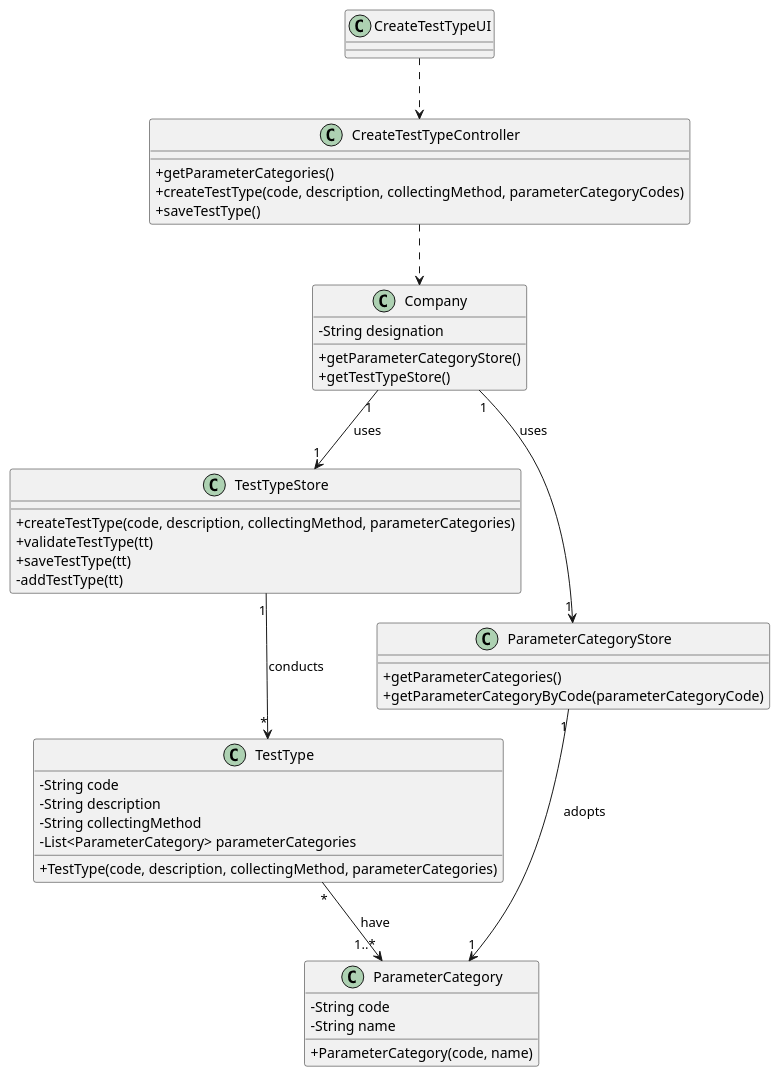
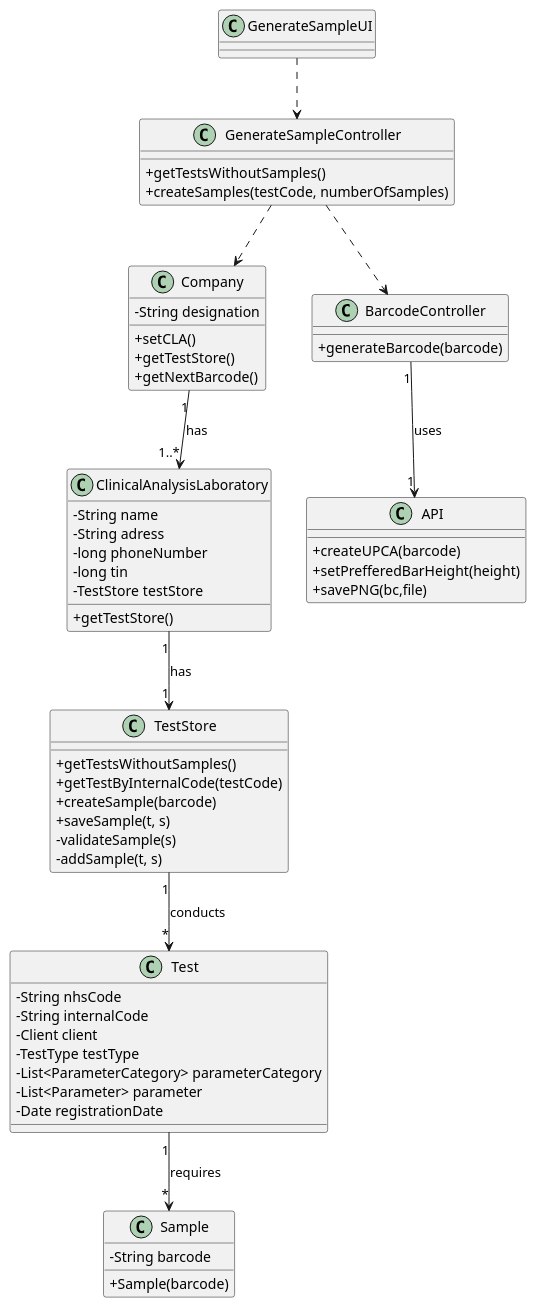
Before and after one commit to RuiRioPina/LAPR2-20-21: the diagram in docs/SprintC/US_5/UC5_CD.puml, drawn with PlantUML. The commit also changed 3 other files, not shown here.

Commit message:
correcting all the diagrams [UC-5]

```diff
--- a/docs/SprintC/US_5/UC5_CD.puml
+++ b/docs/SprintC/US_5/UC5_CD.puml
@@ -1,53 +1,71 @@
 @startuml
 skinparam classAttributeIconSize 0
 
 class Company
 {
   -String designation
-  +getParameterCategoryStore()
-  +getTestTypeStore()
+  +setCLA()
+  +getTestStore()
+  +getNextBarcode()
 }
 
-class TestTypeStore {
-  +createTestType(code, description, collectingMethod, parameterCategories)
-  +validateTestType(tt)
-  +saveTestType(tt)
-  -addTestType(tt)
+class ClinicalAnalysisLaboratory {
+  -String name
+  -String adress
+  -long phoneNumber
+  -long tin
+  -TestStore testStore
+  +getTestStore()
 }
 
-class ParameterCategoryStore {
-  +getParameterCategories()
-  +getParameterCategoryByCode(parameterCategoryCode)
+class Test {
+  -String nhsCode
+  -String internalCode
+  -Client client
+  -TestType testType
+  -List<ParameterCategory> parameterCategory
+  -List<Parameter> parameter
+  -Date registrationDate
 }
 
-class TestType {
-  -String code
-  -String description
-  -String collectingMethod
-  -List<ParameterCategory> parameterCategories
-  +TestType(code, description, collectingMethod, parameterCategories)
+class Sample {
+  -String barcode
+  +Sample(barcode)
 }
 
-class ParameterCategory {
-  -String code
-  -String name
-  +ParameterCategory(code, name)
+class TestStore {
+  +getTestsWithoutSamples()
+  +getTestByInternalCode(testCode)
+  +createSample(barcode)
+  +saveSample(t, s)
+  -validateSample(s)
+  -addSample(t, s)
 }
 
-class CreateTestTypeUI {
+class BarcodeController {
+  +generateBarcode(barcode)
 }
 
-class CreateTestTypeController {
-  +getParameterCategories()
-  +createTestType(code, description, collectingMethod, parameterCategoryCodes)
-  +saveTestType()
+class API {
+  +createUPCA(barcode)
+  +setPrefferedBarHeight(height)
+  +savePNG(bc,file)
 }
 
-CreateTestTypeUI ..> CreateTestTypeController
-CreateTestTypeController ..> Company
-Company "1" --> "1" TestTypeStore : uses
-Company "1" --> "1" ParameterCategoryStore : uses
-TestTypeStore "1" --> "*" TestType : conducts
-ParameterCategoryStore "1" --> "1" ParameterCategory : adopts
-TestType "*" --> "1..*" ParameterCategory : have
+class GenerateSampleUI {
+}
+
+class GenerateSampleController {
+  +getTestsWithoutSamples()
+  +createSamples(testCode, numberOfSamples)
+}
+
+GenerateSampleUI ..> GenerateSampleController
+GenerateSampleController ..> Company
+GenerateSampleController ..> BarcodeController
+Company "1" --> "1..*" ClinicalAnalysisLaboratory : has
+ClinicalAnalysisLaboratory "1" --> "1" TestStore : has
+TestStore "1" --> "*" Test : conducts
+Test "1" --> "*" Sample : requires
+BarcodeController "1" --> "1" API : uses
 @enduml
```
